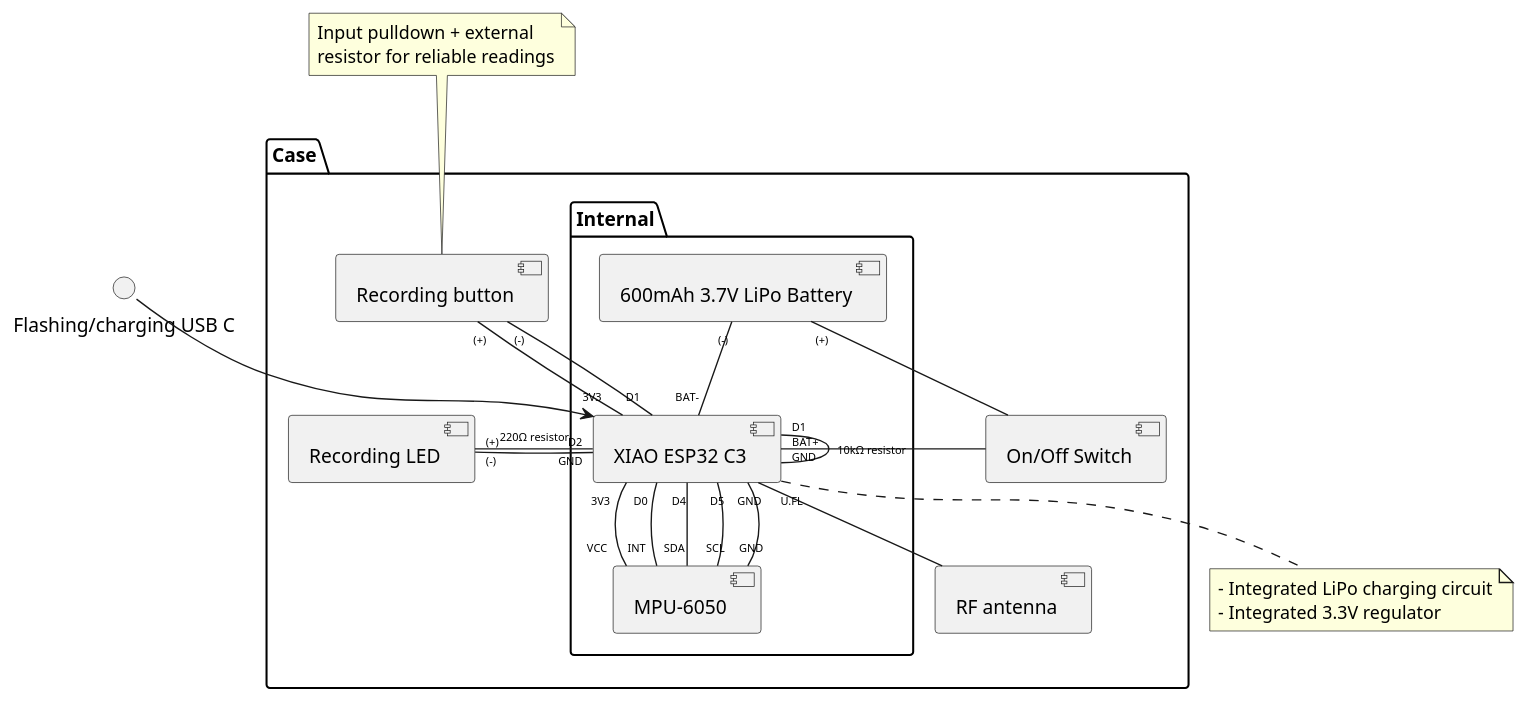
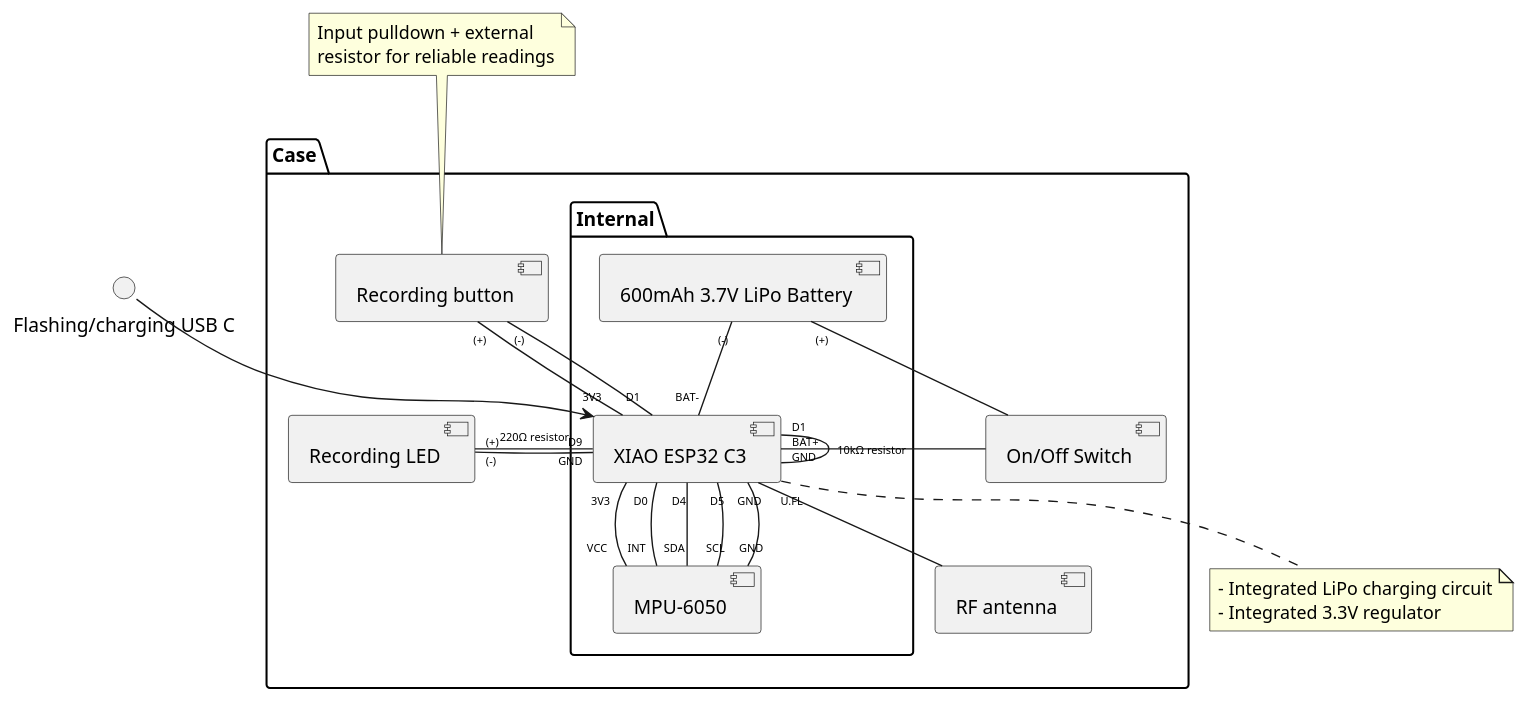
Before and after one commit to FedericoPacheco/gym-imu: the diagram in docs/diagrams/wiring/xiao-esp32-c3/schematic.puml, drawn with PlantUML. The commit also changed 3 other files, not shown here.

Commit message:
chore(LED): change default pin on constructor and update schematic

```diff
--- a/docs/diagrams/wiring/xiao-esp32-c3/schematic.puml
+++ b/docs/diagrams/wiring/xiao-esp32-c3/schematic.puml
@@ -3,53 +3,53 @@
 @startuml New Schematic
 ' Smaller arrow labels to reduce collisions
 skinparam ArrowFontSize 8 
 
 package "Case" {
     package "Internal" {
         component [600mAh 3.7V LiPo Battery] as battery
         component [XIAO ESP32 C3] as microcontroller
         component [MPU-6050] as sensor
     }
     ' package "Surface" {
         component [On/Off Switch] as switch 
         component [RF antenna] as antenna
         component [Recording button] as button
         component [Recording LED] as led
     ' }
 }
 
 ' Power
 battery "(+)" -- switch
 switch -- "BAT+" microcontroller
 battery "(-)" -- "BAT-" microcontroller
 
 note bottom of microcontroller
   - Integrated LiPo charging circuit
   - Integrated 3.3V regulator
 end note
 
 ' Microcontroller + IMU
 microcontroller "3V3" -- "VCC" sensor
 microcontroller "D0" -- "INT" sensor
 microcontroller "D4" -- "SDA" sensor
 microcontroller "D5" -- "SCL" sensor
 microcontroller "GND" -- "GND" sensor
 "Flashing/charging USB C" --> microcontroller
 
 ' Movement recording
 button "(+)"-right- "3V3" microcontroller
 button "(-)" -right- "D1" microcontroller
 microcontroller "D1" -- "GND" microcontroller: 10kΩ resistor
-led "(+)" -right- "D2" microcontroller: 220Ω resistor
+led "(+)" -right- "D9" microcontroller: 220Ω resistor
 led "(-)" -right- "GND" microcontroller
 
 note top of button
     Input pulldown + external 
     resistor for reliable readings
 end note
 button -[hidden]- led
 
 ' BLE 
 microcontroller "U.FL" -- antenna
 
 @enduml
```
